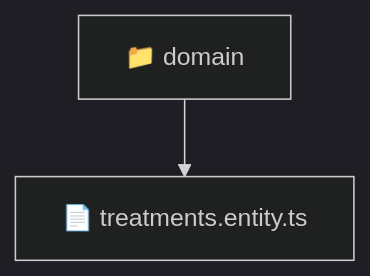
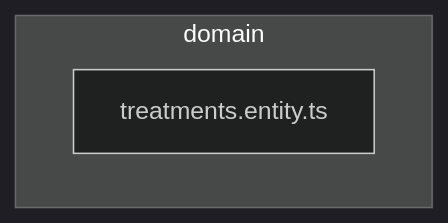
One commit to beginwebdev2002/fullstack-mavluda changed the diagram in backend/src/modules/treatments/domain/README.md. Above: the diagram before and after it, drawn with Mermaid (dark theme). The commit also changed other lines of this file and 163 other files, not shown here.

````diff
--- a/backend/src/modules/treatments/domain/README.md
+++ b/backend/src/modules/treatments/domain/README.md
@@ -9,5 +15,6 @@
 ```mermaid
 graph TD
-  Root["📁 domain"]
-  Root --> treatments_entity_ts["📄 treatments.entity.ts"]
+  subgraph domain
+    treatments_entity_ts["treatments.entity.ts"]
+  end
 ```
````
